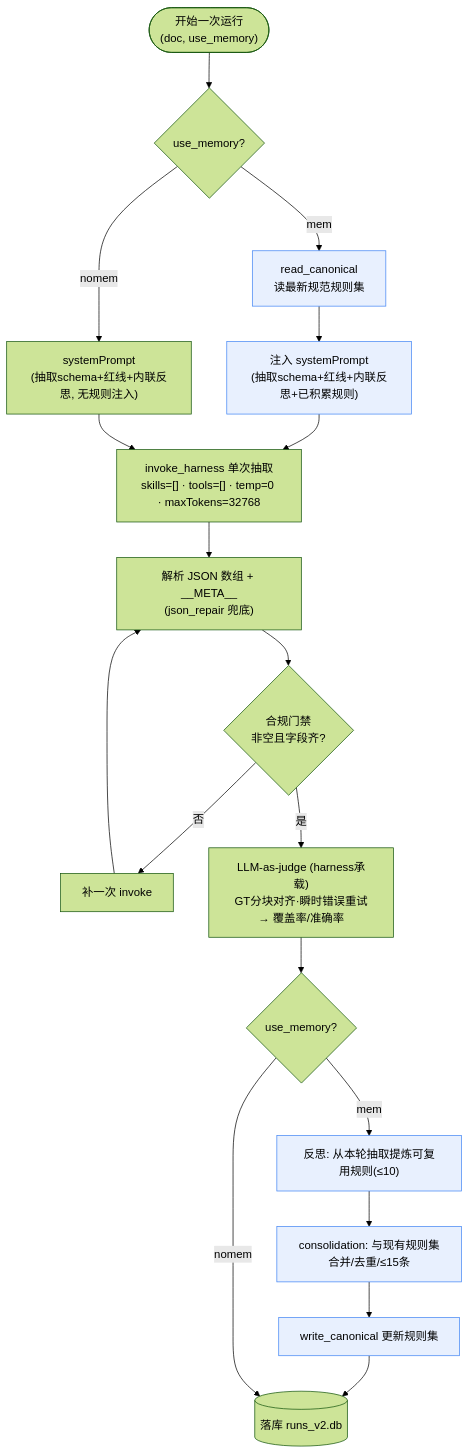
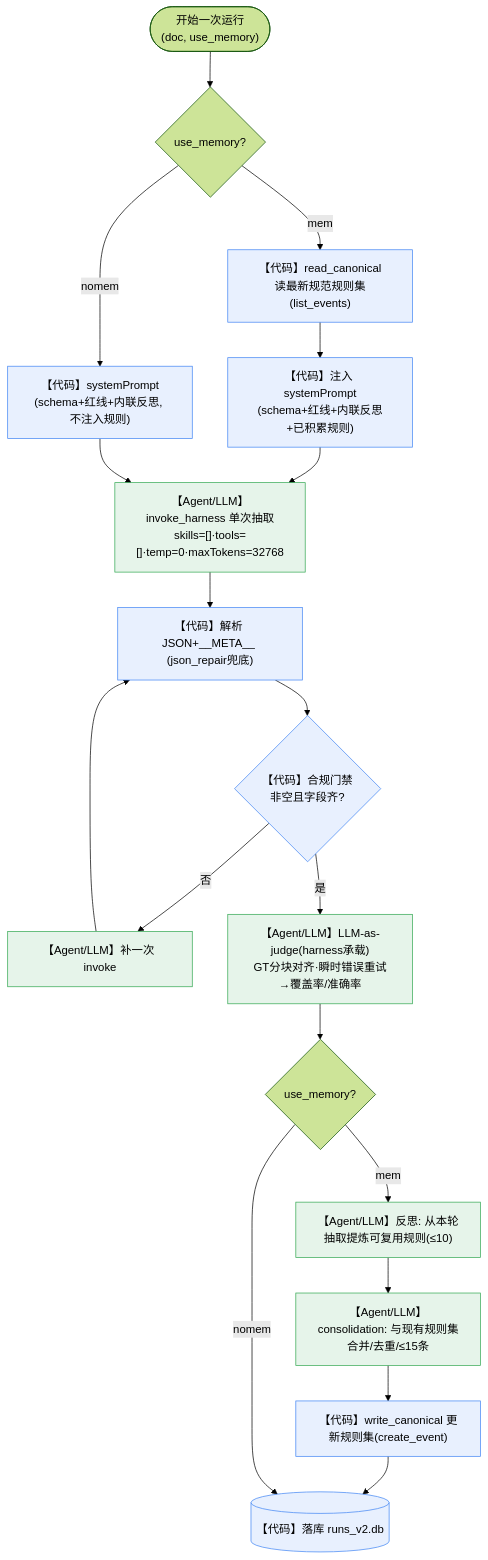
One commit to dashjim/agentcore-memory-loop changed the first of 2 diagrams in docs/技术报告-memory-loop-v2.md. Above: the diagram before and after it, drawn with Mermaid (forest theme). The commit also changed other lines of this file, not shown here.

Commit message:
docs(v2 §1.6): 流程图标注执行主体(orchestrator代码 vs Agent/LLM), 明确 custom 不用 AgentCore memory strategy(仅事件存储)

````diff
--- a/docs/技术报告-memory-loop-v2.md
+++ b/docs/技术报告-memory-loop-v2.md
@@ -56,21 +58,23 @@
 ```mermaid
 flowchart TD
   S(["开始一次运行<br/>(doc, use_memory)"]) --> R{"use_memory?"}
-  R -- "mem" --> RC["read_canonical<br/>读最新规范规则集"]
-  RC --> INJ["注入 systemPrompt<br/>(抽取schema+红线+内联反思+已积累规则)"]
-  R -- "nomem" --> INJ0["systemPrompt<br/>(抽取schema+红线+内联反思, 无规则注入)"]
+  R -- "mem" --> RC["【代码】read_canonical<br/>读最新规范规则集(list_events)"]
+  RC --> INJ["【代码】注入 systemPrompt<br/>(schema+红线+内联反思+已积累规则)"]
+  R -- "nomem" --> INJ0["【代码】systemPrompt<br/>(schema+红线+内联反思, 不注入规则)"]
   INJ --> EX
-  INJ0 --> EX["invoke_harness 单次抽取<br/>skills=[] · tools=[] · temp=0 · maxTokens=32768"]
-  EX --> PARSE["解析 JSON 数组 + __META__<br/>(json_repair 兜底)"]
-  PARSE --> GATE{"合规门禁<br/>非空且字段齐?"}
-  GATE -- "否" --> RETRY["补一次 invoke"] --> PARSE
-  GATE -- "是" --> JUDGE["LLM-as-judge (harness承载)<br/>GT分块对齐·瞬时错误重试<br/>→ 覆盖率/准确率"]
+  INJ0 --> EX["【Agent/LLM】invoke_harness 单次抽取<br/>skills=[]·tools=[]·temp=0·maxTokens=32768"]
+  EX --> PARSE["【代码】解析 JSON+__META__ (json_repair兜底)"]
+  PARSE --> GATE{"【代码】合规门禁<br/>非空且字段齐?"}
+  GATE -- "否" --> RETRY["【Agent/LLM】补一次 invoke"] --> PARSE
+  GATE -- "是" --> JUDGE["【Agent/LLM】LLM-as-judge(harness承载)<br/>GT分块对齐·瞬时错误重试→覆盖率/准确率"]
   JUDGE --> MB{"use_memory?"}
-  MB -- "mem" --> REF["反思: 从本轮抽取提炼可复用规则(≤10)"]
-  REF --> CON["consolidation: 与现有规则集合并/去重/≤15条"]
-  CON --> WC["write_canonical 更新规则集"]
-  WC --> DB[("落库 runs_v2.db")]
+  MB -- "mem" --> REF["【Agent/LLM】反思: 从本轮抽取提炼可复用规则(≤10)"]
+  REF --> CON["【Agent/LLM】consolidation: 与现有规则集合并/去重/≤15条"]
+  CON --> WC["【代码】write_canonical 更新规则集(create_event)"]
+  WC --> DB[("【代码】落库 runs_v2.db")]
   MB -- "nomem" --> DB
-  classDef mem fill:#e8f0fe,stroke:#4285f4;
-  class RC,INJ,REF,CON,WC mem;
+  classDef code fill:#e8f0fe,stroke:#4285f4;
+  classDef llm fill:#e6f4ea,stroke:#34a853;
+  class RC,INJ,INJ0,PARSE,GATE,WC,DB code;
+  class EX,RETRY,JUDGE,REF,CON llm;
 ```
````
